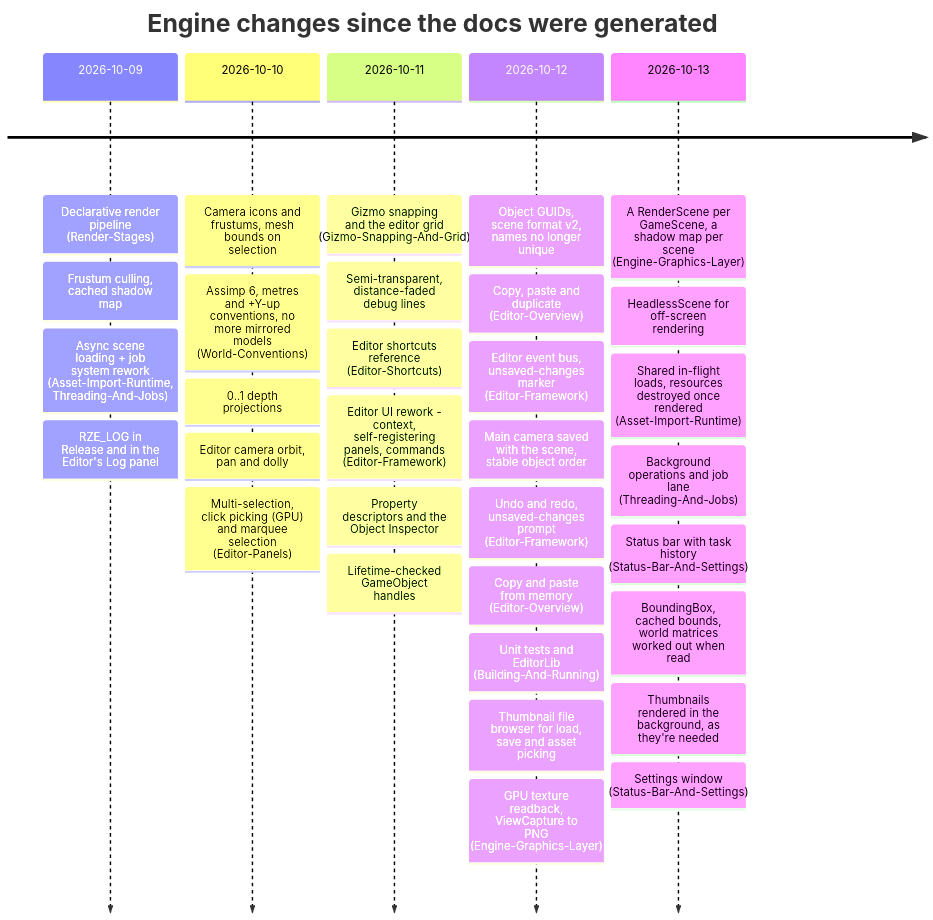
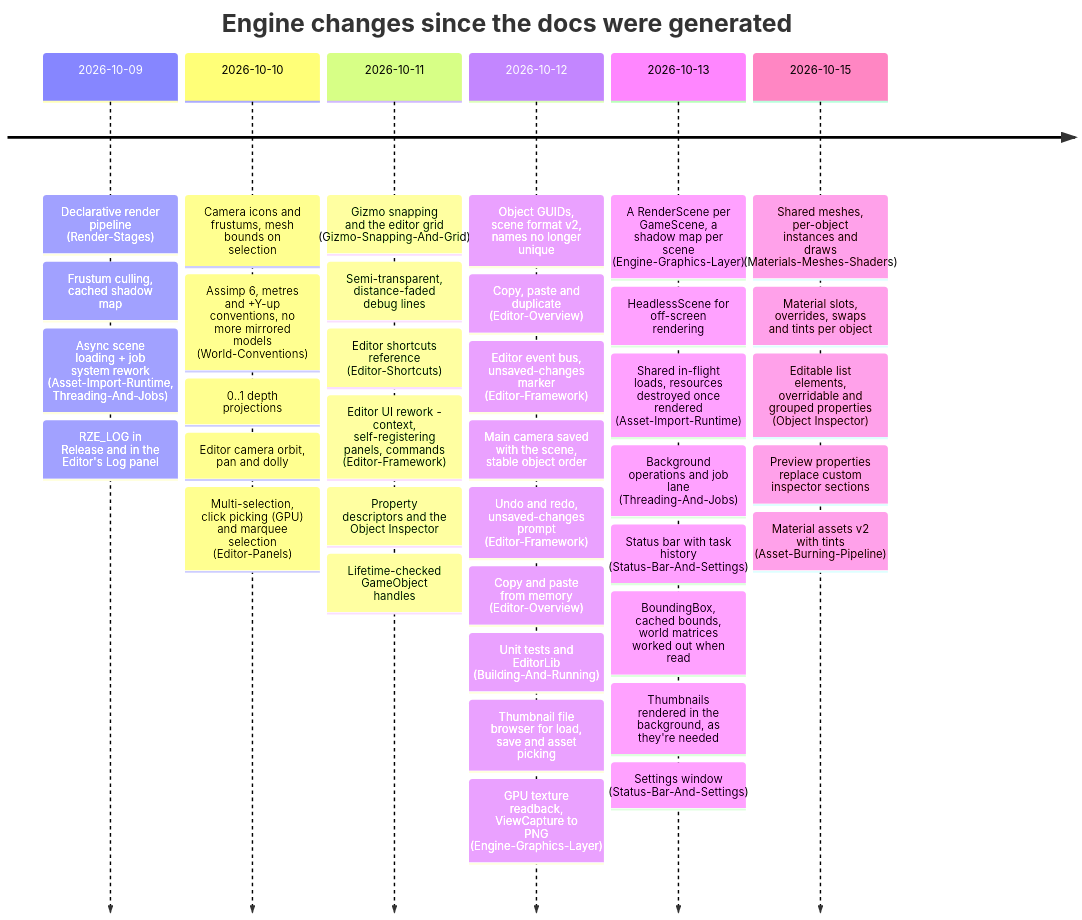
The third of 3 diagrams in Docs/Generated/Engine/index.md (b1nary0/RZE), drawn with Mermaid before and after one commit. The commit also changed other lines of this file and 9 other files, not shown here.

First line of the commit message:
Document shared meshes, material overrides and the new property system

````diff
--- a/Docs/Generated/Engine/index.md
+++ b/Docs/Generated/Engine/index.md
@@ -90,36 +90,41 @@
 ```mermaid
 timeline
     title Engine changes since the docs were generated
     2026-10-09 : Declarative render pipeline (Render-Stages)
                : Frustum culling, cached shadow map
                : Async scene loading + job system rework (Asset-Import-Runtime, Threading-And-Jobs)
                : RZE_LOG in Release and in the Editor's Log panel
     2026-10-10 : Camera icons and frustums, mesh bounds on selection
                : Assimp 6, metres and +Y-up conventions, no more mirrored models (World-Conventions)
                : 0..1 depth projections
                : Editor camera orbit, pan and dolly
                : Multi-selection, click picking (GPU) and marquee selection (Editor-Panels)
     2026-10-11 : Gizmo snapping and the editor grid (Gizmo-Snapping-And-Grid)
                : Semi-transparent, distance-faded debug lines
                : Editor shortcuts reference (Editor-Shortcuts)
                : Editor UI rework - context, self-registering panels, commands (Editor-Framework)
                : Property descriptors and the Object Inspector
                : Lifetime-checked GameObject handles
     2026-10-12 : Object GUIDs, scene format v2, names no longer unique
                : Copy, paste and duplicate (Editor-Overview)
                : Editor event bus, unsaved-changes marker (Editor-Framework)
                : Main camera saved with the scene, stable object order
                : Undo and redo, unsaved-changes prompt (Editor-Framework)
                : Copy and paste from memory (Editor-Overview)
                : Unit tests and EditorLib (Building-And-Running)
                : Thumbnail file browser for load, save and asset picking
                : GPU texture readback, ViewCapture to PNG (Engine-Graphics-Layer)
     2026-10-13 : A RenderScene per GameScene, a shadow map per scene (Engine-Graphics-Layer)
                : HeadlessScene for off-screen rendering
                : Shared in-flight loads, resources destroyed once rendered (Asset-Import-Runtime)
                : Background operations and job lane (Threading-And-Jobs)
                : Status bar with task history (Status-Bar-And-Settings)
                : BoundingBox, cached bounds, world matrices worked out when read
                : Thumbnails rendered in the background, as they're needed
                : Settings window (Status-Bar-And-Settings)
+    2026-10-15 : Shared meshes, per-object instances and draws (Materials-Meshes-Shaders)
+               : Material slots, overrides, swaps and tints per object
+               : Editable list elements, overridable and grouped properties (Object Inspector)
+               : Preview properties replace custom inspector sections
+               : Material assets v2 with tints (Asset-Burning-Pipeline)
 ```
````
